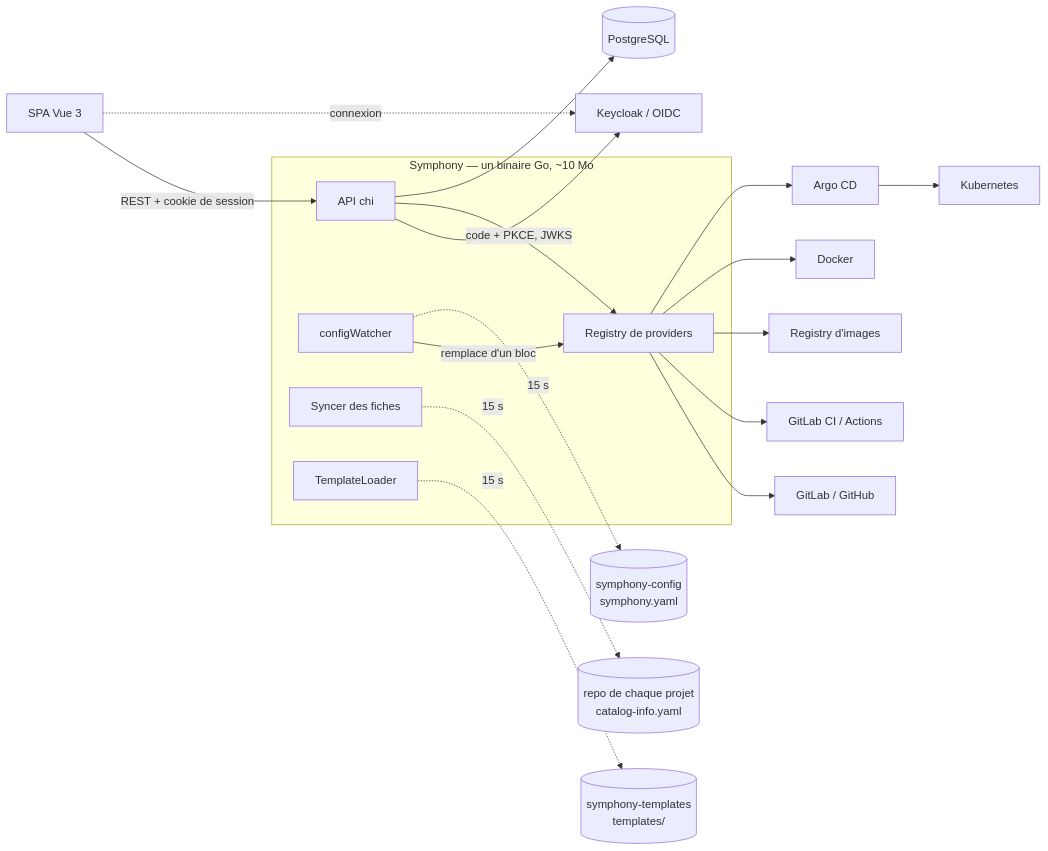
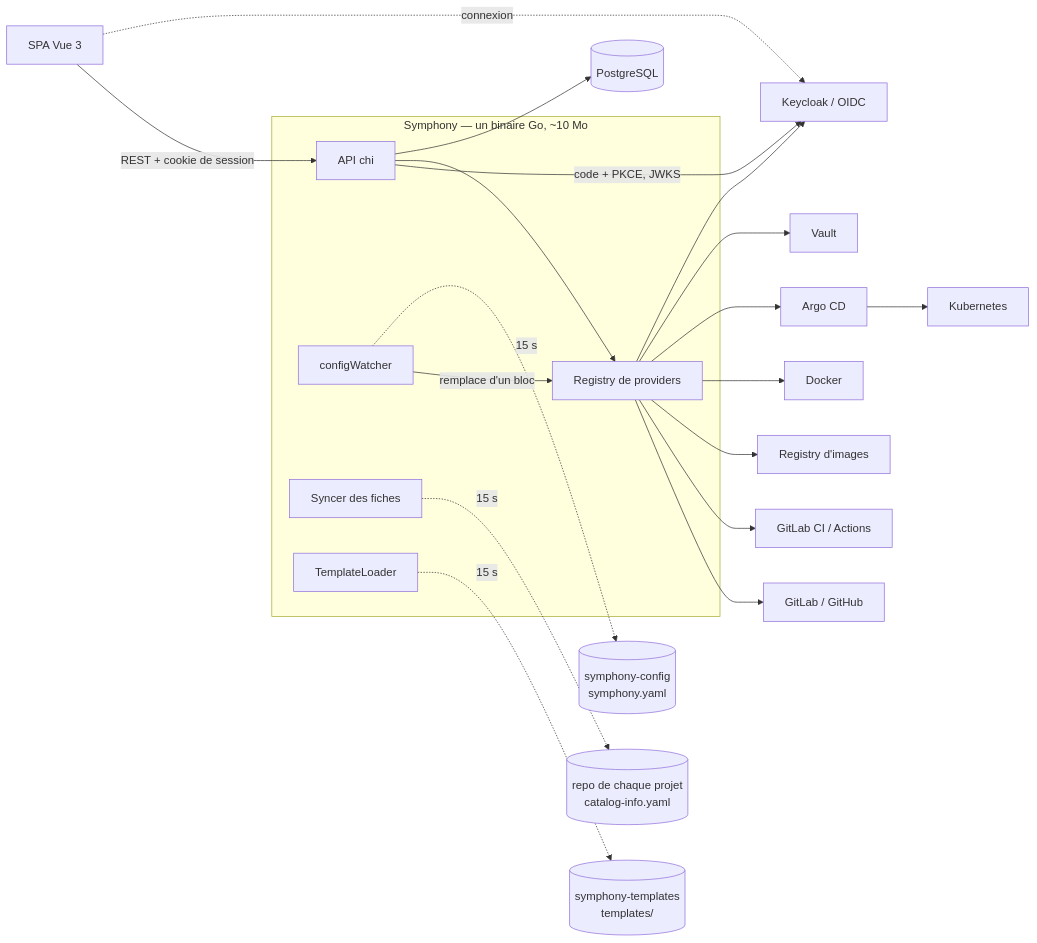
The diagram in README.md (clemuscle/symphony), drawn with Mermaid before and after one commit. The commit also changed other lines of this file and 62 other files, not shown here.

````diff
--- a/README.md
+++ b/README.md
@@ -60,21 +72,23 @@
 ```mermaid
 flowchart LR
   UI[SPA Vue 3] -->|REST + cookie de session| API
   UI -.->|connexion| IDP[Keycloak / OIDC]
   API -->|code + PKCE, JWKS| IDP
   subgraph Symphony["Symphony — un binaire Go, ~10 Mo"]
     API[API chi] --> REG[Registry de providers]
     W[configWatcher] -->|remplace d'un bloc| REG
     S[Syncer des fiches]
     T[TemplateLoader]
   end
   REG --> SCM[GitLab / GitHub]
   REG --> CI[GitLab CI / Actions]
   REG --> IMG[Registry d'images]
   REG --> RT[Docker]
   REG --> ARGO[Argo CD] --> K8S[Kubernetes]
+  REG --> SEC[Vault]
+  REG --> IDP
   W -. 15 s .-> CFG[(symphony-config<br/>symphony.yaml)]
   S -. 15 s .-> SVC[(repo de chaque projet<br/>catalog-info.yaml)]
   T -. 15 s .-> TPL[(symphony-templates<br/>templates/)]
   API --> DB[(PostgreSQL)]
 ```
````
